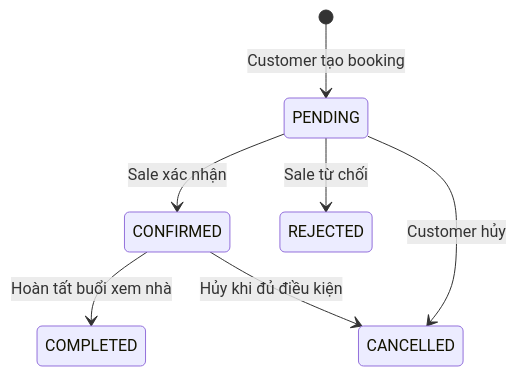
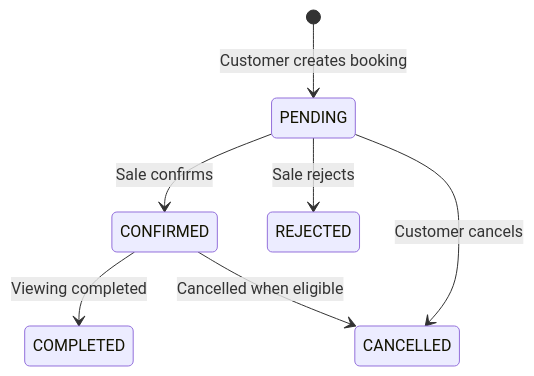
The fifth of 7 diagrams in docs/architecture-arc42.md (Datthachban12345/day1_tts), drawn with Mermaid before and after one commit. The commit also changed other lines of this file and 1 other file, not shown here.

````diff
--- a/docs/architecture-arc42.md
+++ b/docs/architecture-arc42.md
@@ -206,9 +206,9 @@
 ```mermaid
 stateDiagram-v2
-    [*] --> PENDING: Customer tạo booking
-    PENDING --> CONFIRMED: Sale xác nhận
-    PENDING --> REJECTED: Sale từ chối
-    PENDING --> CANCELLED: Customer hủy
-    CONFIRMED --> COMPLETED: Hoàn tất buổi xem nhà
-    CONFIRMED --> CANCELLED: Hủy khi đủ điều kiện
+    [*] --> PENDING: Customer creates booking
+    PENDING --> CONFIRMED: Sale confirms
+    PENDING --> REJECTED: Sale rejects
+    PENDING --> CANCELLED: Customer cancels
+    CONFIRMED --> COMPLETED: Viewing completed
+    CONFIRMED --> CANCELLED: Cancelled when eligible
 ```
````
